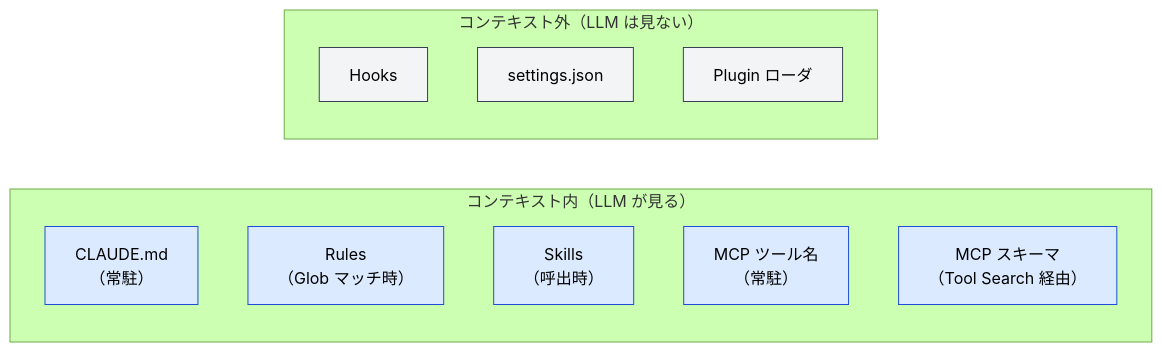
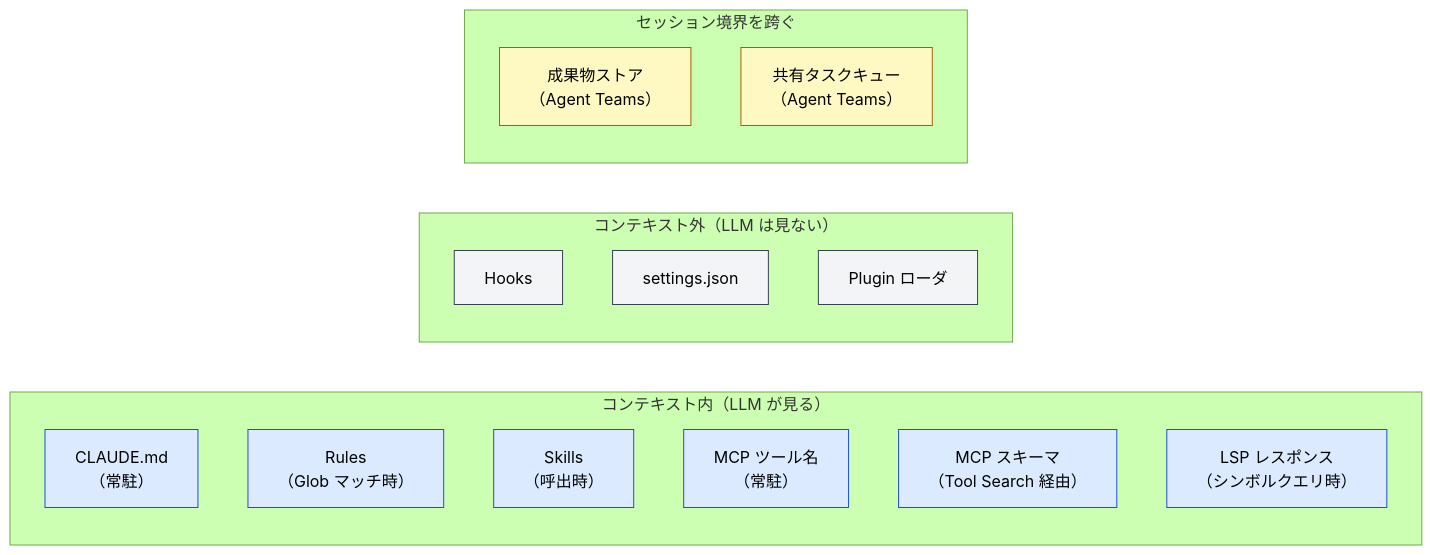
The diagram in docs/ja/appendix/feature-index.md (shuji-bonji/understanding-llm-through-claude-code), drawn with Mermaid (forest theme) before and after one commit. The commit also changed other lines of this file and 11 other files, not shown here.

````diff
--- a/docs/ja/appendix/feature-index.md
+++ b/docs/ja/appendix/feature-index.md
@@ -37,23 +39,31 @@
 ```mermaid
 flowchart LR
     subgraph IN["コンテキスト内（LLM が見る）"]
         CMD["CLAUDE.md<br/>（常駐）"]
         RUL["Rules<br/>（Glob マッチ時）"]
         SKL["Skills<br/>（呼出時）"]
         MCPN["MCP ツール名<br/>（常駐）"]
         MCPS["MCP スキーマ<br/>（Tool Search 経由）"]
+        LSP["LSP レスポンス<br/>（シンボルクエリ時）"]
     end
     subgraph OUT["コンテキスト外（LLM は見ない）"]
         HK["Hooks"]
         STG["settings.json"]
         PLG["Plugin ローダ"]
     end
+    subgraph CROSS["セッション境界を跨ぐ"]
+        ART["成果物ストア<br/>（Agent Teams）"]
+        QUE["共有タスクキュー<br/>（Agent Teams）"]
+    end
     style CMD fill:#dbeafe,stroke:#1d4ed8,color:#000
     style RUL fill:#dbeafe,stroke:#1d4ed8,color:#000
     style SKL fill:#dbeafe,stroke:#1d4ed8,color:#000
     style MCPN fill:#dbeafe,stroke:#1d4ed8,color:#000
     style MCPS fill:#dbeafe,stroke:#1d4ed8,color:#000
+    style LSP fill:#dbeafe,stroke:#1d4ed8,color:#000
     style HK fill:#f3f4f6,stroke:#374151,color:#000
     style STG fill:#f3f4f6,stroke:#374151,color:#000
     style PLG fill:#f3f4f6,stroke:#374151,color:#000
+    style ART fill:#fef9c3,stroke:#a16207,color:#000
+    style QUE fill:#fef9c3,stroke:#a16207,color:#000
 ```
````
